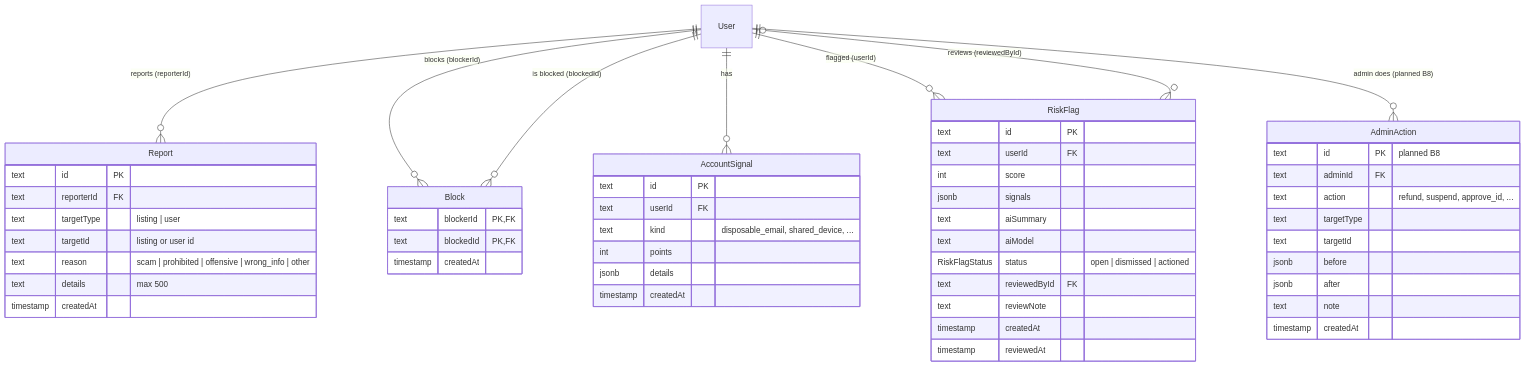
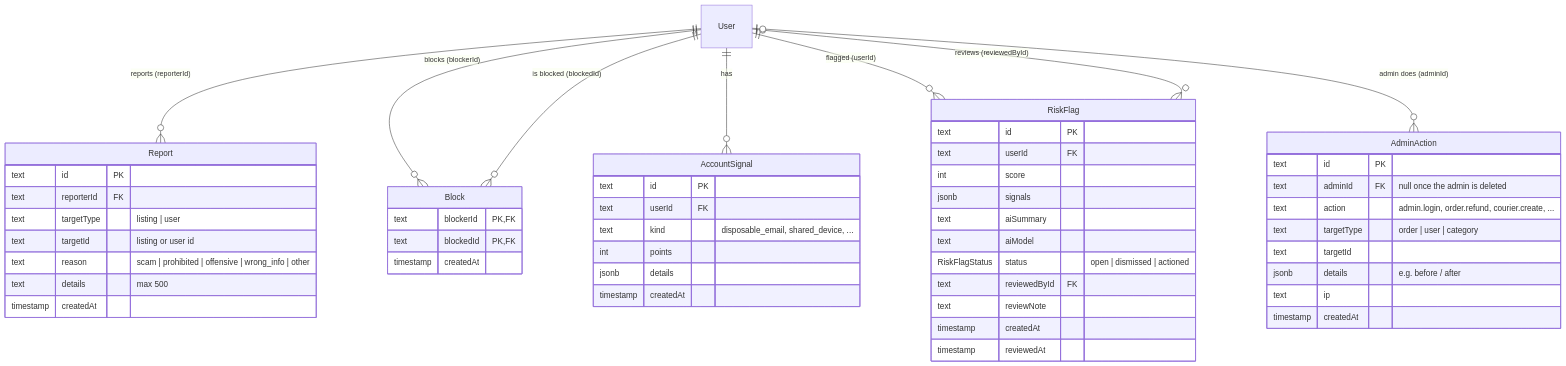
Before and after one commit to mustafa-kilany/madmoon-deals: the sixth of 6 diagrams in docs/DATABASE.md, drawn with Mermaid. The commit also changed other lines of this file and 26 other files, not shown here.

````diff
--- a/docs/DATABASE.md
+++ b/docs/DATABASE.md
@@ -420,56 +424,55 @@
 ```mermaid
 erDiagram
   User ||--o{ Report : "reports (reporterId)"
   User ||--o{ Block : "blocks (blockerId)"
   User ||--o{ Block : "is blocked (blockedId)"
   User ||--o{ AccountSignal : "has"
   User ||--o{ RiskFlag : "flagged (userId)"
   User |o--o{ RiskFlag : "reviews (reviewedById)"
-  User ||--o{ AdminAction : "admin does (planned B8)"
+  User |o--o{ AdminAction : "admin does (adminId)"
   Report {
     text id PK
     text reporterId FK
     text targetType "listing | user"
     text targetId "listing or user id"
     text reason "scam | prohibited | offensive | wrong_info | other"
     text details "max 500"
     timestamp createdAt
   }
   Block {
     text blockerId PK,FK
     text blockedId PK,FK
     timestamp createdAt
   }
   AccountSignal {
     text id PK
     text userId FK
     text kind "disposable_email, shared_device, ..."
     int points
     jsonb details
     timestamp createdAt
   }
   RiskFlag {
     text id PK
     text userId FK
     int score
     jsonb signals
     text aiSummary
     text aiModel
     RiskFlagStatus status "open | dismissed | actioned"
     text reviewedById FK
     text reviewNote
     timestamp createdAt
     timestamp reviewedAt
   }
   AdminAction {
-    text id PK "planned B8"
-    text adminId FK
-    text action "refund, suspend, approve_id, ..."
-    text targetType
+    text id PK
+    text adminId FK "null once the admin is deleted"
+    text action "admin.login, order.refund, courier.create, ..."
+    text targetType "order | user | category"
     text targetId
-    jsonb before
-    jsonb after
-    text note
+    jsonb details "e.g. before / after"
+    text ip
     timestamp createdAt
   }
 ```
````
